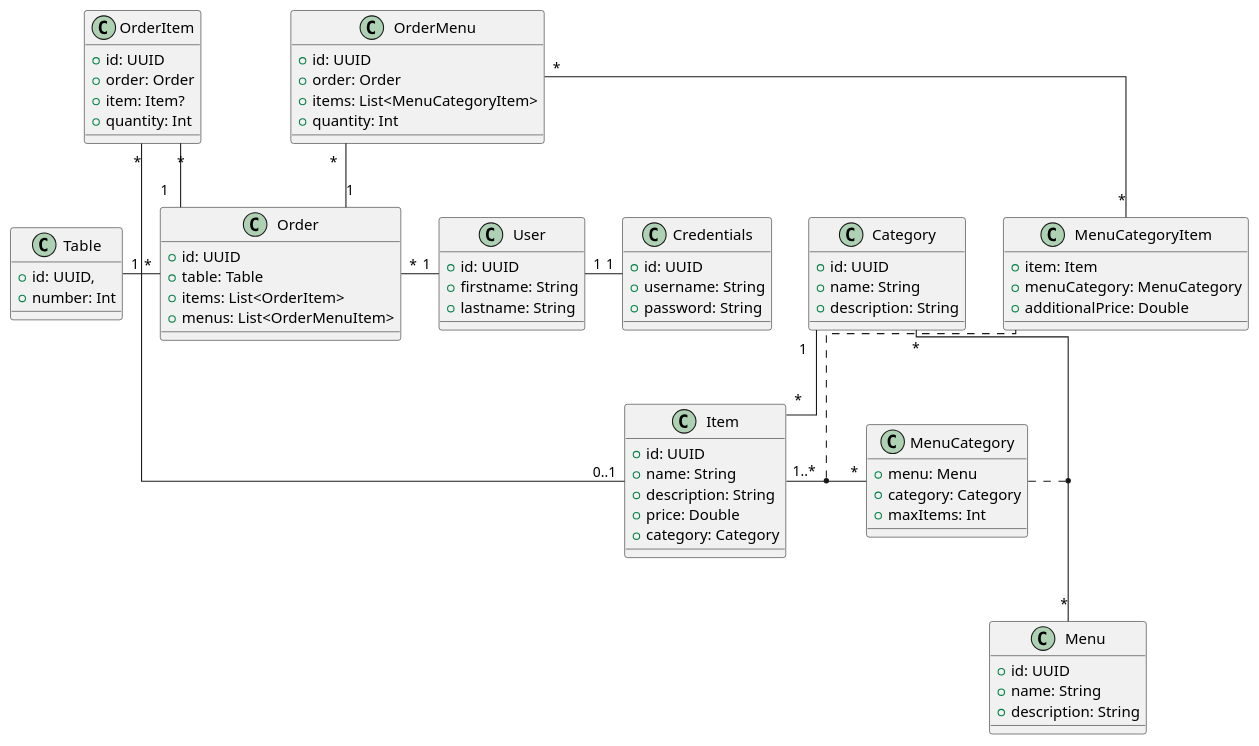
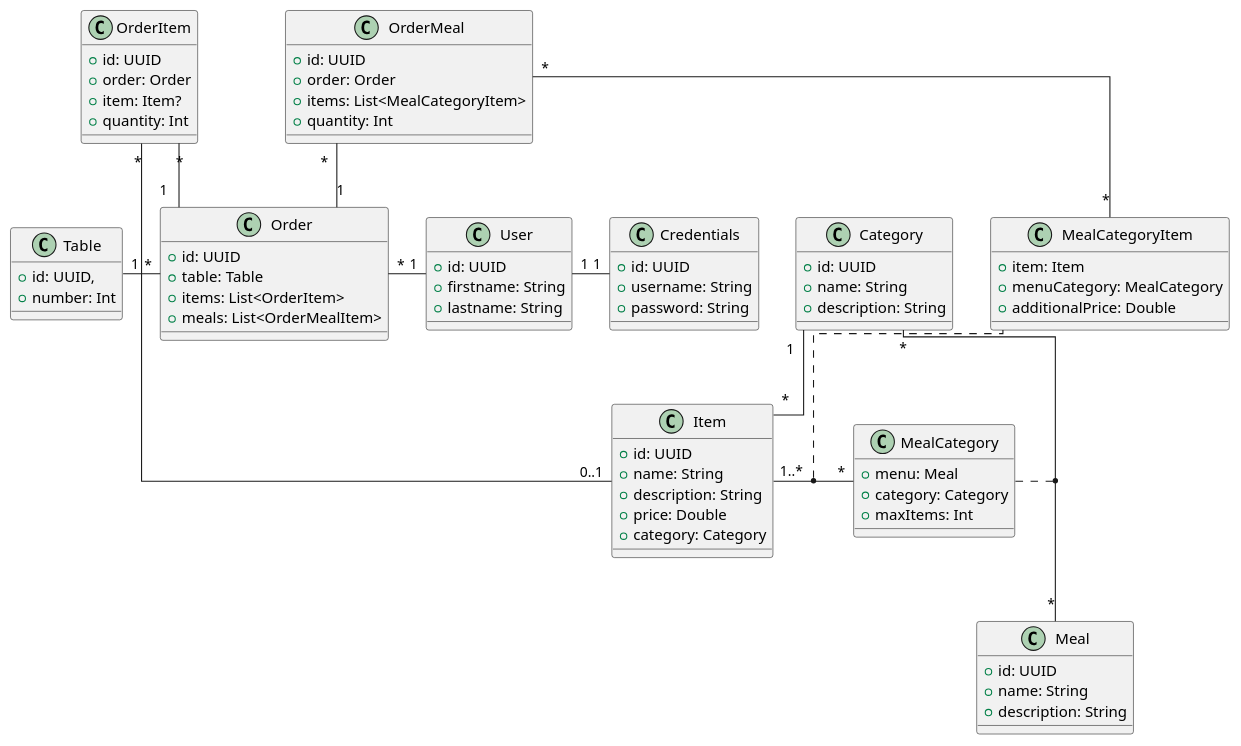
Before and after one commit to n-apos/resto: the diagram in doc/src/resto-classes.puml, drawn with PlantUML. The commit also changed 46 other files, not shown here.

Commit message:
refactor(menu)!:renamed all menu related items to meal to be more representative of the entity

```diff
--- a/doc/src/resto-classes.puml
+++ b/doc/src/resto-classes.puml
@@ -1,107 +1,107 @@
 @startuml
 'https://plantuml.com/class-diagram
 
 skinparam linetype ortho
 
 ' Classes
 ' =======
 
 class Item {
     + id: UUID
     + name: String
     + description: String
     + price: Double
     + category: Category
 }
 
 class Category {
     + id: UUID
     + name: String
     + description: String
 }
 
-class Menu {
+class Meal {
     + id: UUID
     + name: String
     + description: String
 }
 
-class MenuCategory {
-    + menu: Menu
+class MealCategory {
+    + menu: Meal
     + category: Category
     + maxItems: Int
 }
 
-class MenuCategoryItem {
+class MealCategoryItem {
     + item: Item
-    + menuCategory: MenuCategory
+    + menuCategory: MealCategory
     + additionalPrice: Double
 }
 
 class Order {
     + id: UUID
     + table: Table
     + items: List<OrderItem>
-    + menus: List<OrderMenuItem>
+    + meals: List<OrderMealItem>
 }
 
 class OrderItem {
     + id: UUID
     + order: Order
     + item: Item?
     + quantity: Int
 }
 
-class OrderMenu {
+class OrderMeal {
     + id: UUID
     + order: Order
-    + items: List<MenuCategoryItem>
+    + items: List<MealCategoryItem>
     + quantity: Int
 }
 
 class User {
     + id: UUID
     + firstname: String
     + lastname: String
 }
 
 class Credentials {
     + id: UUID
     + username: String
     + password: String
 }
 
 class Table {
     + id: UUID,
     + number: Int
 }
 
 ' Relations
 ' =========
 
 
 Category "1" - "*" Item
 
-Category "*" -- "*" Menu
+Category "*" -- "*" Meal
 
-MenuCategory ... (Category, Menu)
+MealCategory ... (Category, Meal)
 
-Item "1..*" - "*" MenuCategory
+Item "1..*" - "*" MealCategory
 
-MenuCategoryItem ... (Item, MenuCategory)
+MealCategoryItem ... (Item, MealCategory)
 
 OrderItem "*" --- "0..1" Item
 
 Order "*" - "1" User
 
 OrderItem "*" - "1" Order
 
-OrderMenu "*" -- "1" Order
+OrderMeal "*" -- "1" Order
 
-OrderMenu "*" -- "*" MenuCategoryItem
+OrderMeal "*" -- "*" MealCategoryItem
 
 Table "1" - "*" Order
 
 User "1" - "1" Credentials
 
 @enduml
```
